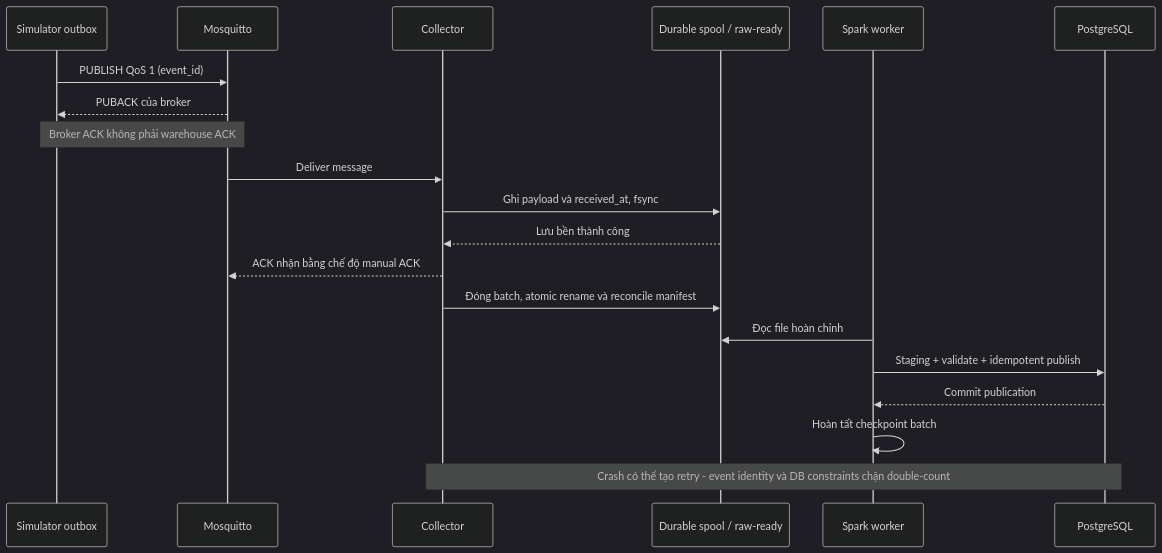
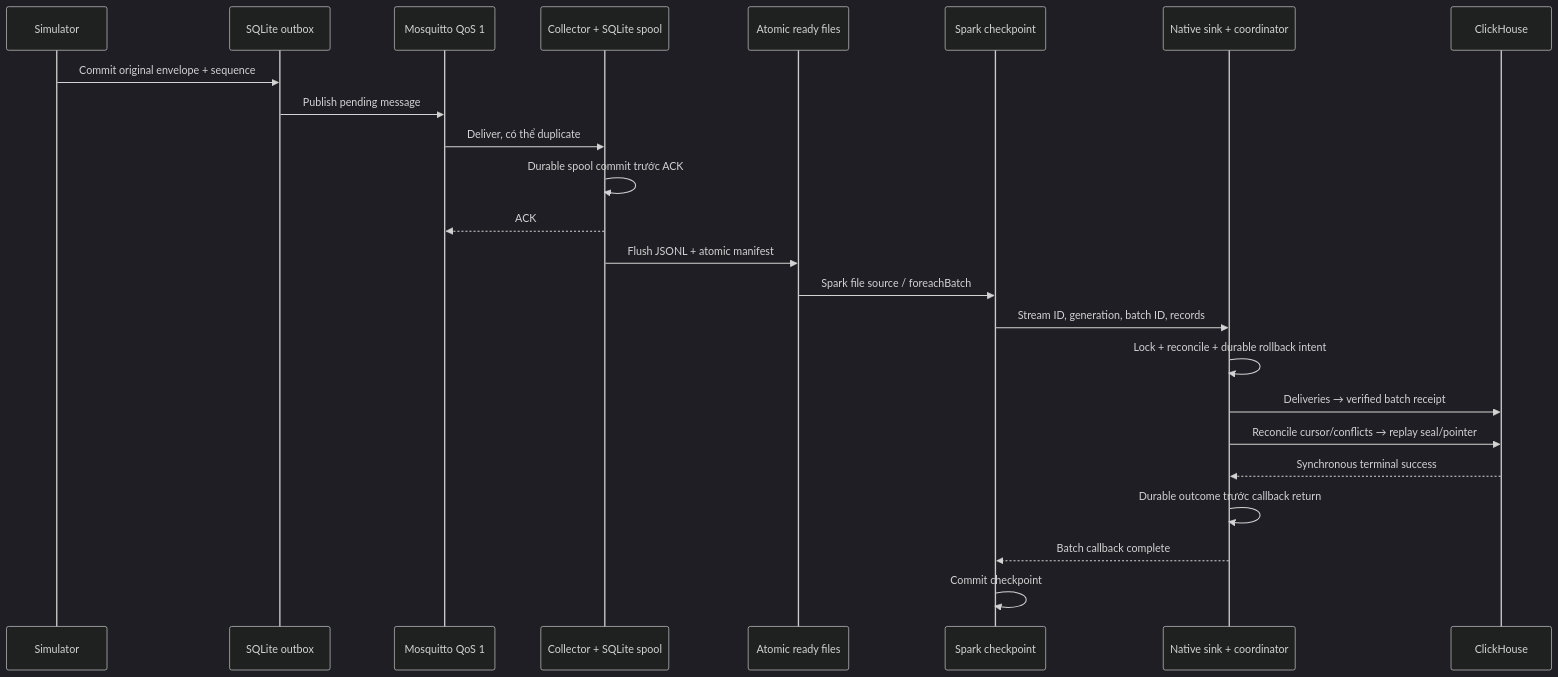
Before and after one commit to arcanine525/smart-green-house: the diagram in docs/architecture/03-sensor-ingestion.md, drawn with Mermaid (dark theme). The commit also changed other lines of this file and 47 other files, not shown here.

Commit message:
Document the native ClickHouse stack and verified delivery evidence

````diff
--- a/docs/architecture/03-sensor-ingestion.md
+++ b/docs/architecture/03-sensor-ingestion.md
@@ -36,22 +7,26 @@
 ```mermaid
 sequenceDiagram
-    participant S as Simulator outbox
-    participant B as Mosquitto
-    participant C as Collector
-    participant F as Durable spool / raw-ready
-    participant W as Spark worker
-    participant P as PostgreSQL
-    S->>B: PUBLISH QoS 1 (event_id)
-    B-->>S: PUBACK của broker
-    Note over S,B: Broker ACK không phải warehouse ACK
-    B->>C: Deliver message
-    C->>F: Ghi payload và received_at, fsync
-    F-->>C: Lưu bền thành công
-    C-->>B: ACK nhận bằng chế độ manual ACK
-    C->>F: Đóng batch, atomic rename và reconcile manifest
-    W->>F: Đọc file hoàn chỉnh
-    W->>P: Staging + validate + idempotent publish
-    P-->>W: Commit publication
-    W->>W: Hoàn tất checkpoint batch
-    Note over C,P: Crash có thể tạo retry - event identity và DB constraints chặn double-count
+    participant S as Simulator
+    participant O as SQLite outbox
+    participant M as Mosquitto QoS 1
+    participant C as Collector + SQLite spool
+    participant F as Atomic ready files
+    participant K as Spark checkpoint
+    participant W as Native sink + coordinator
+    participant D as ClickHouse
+    S->>O: Commit original envelope + sequence
+    O->>M: Publish pending message
+    M->>C: Deliver, có thể duplicate
+    C->>C: Durable spool commit trước ACK
+    C-->>M: ACK
+    C->>F: Flush JSONL + atomic manifest
+    F->>K: Spark file source / foreachBatch
+    K->>W: Stream ID, generation, batch ID, records
+    W->>W: Lock + reconcile + durable rollback intent
+    W->>D: Deliveries → verified batch receipt
+    W->>D: Reconcile cursor/conflicts → replay seal/pointer
+    D-->>W: Synchronous terminal success
+    W->>W: Durable outcome trước callback return
+    W-->>K: Batch callback complete
+    K->>K: Commit checkpoint
 ```
````
